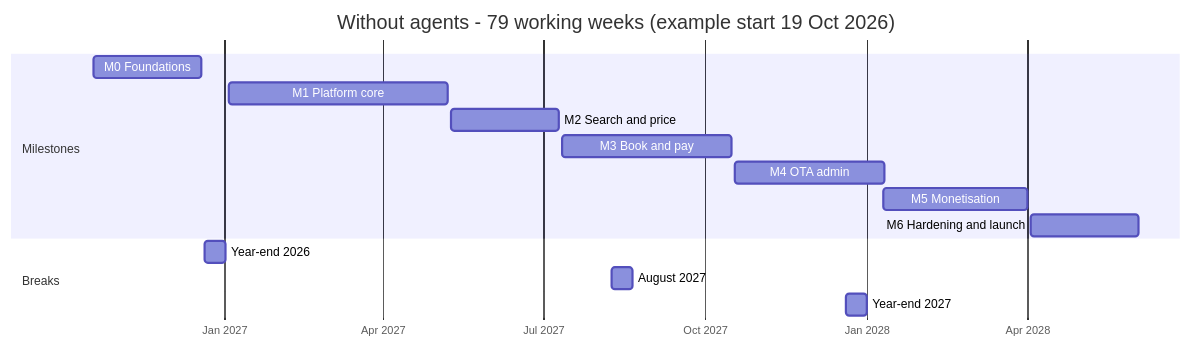
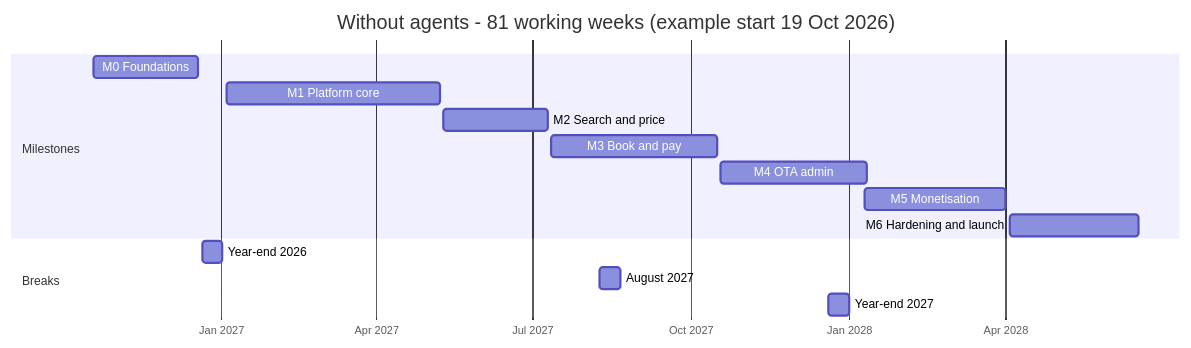
One commit to bhagwati-prasad/velexis-ota changed the second of 3 diagrams in docs/mvp/plans/roadmap.md. Above: the diagram before and after it, drawn with Mermaid. The commit also changed other lines of this file and 33 other files, not shown here.

First line of the commit message:
fix: plan the console setting, reconciliation close and rewrap tasks, re-baseline the roadmap, run E2E before every deploy, and check the SSH source address

````diff
--- a/docs/mvp/plans/roadmap.md
+++ b/docs/mvp/plans/roadmap.md
@@ -131,18 +138,18 @@
 ```mermaid
 gantt
-  title Without agents - 79 working weeks (example start 19 Oct 2026)
+  title Without agents - 81 working weeks (example start 19 Oct 2026)
   dateFormat YYYY-MM-DD
   axisFormat %b %Y
   section Milestones
   M0 Foundations          :n0, 2026-10-19, 2026-12-19
   M1 Platform core        :n1, 2027-01-04, 2027-05-08
   M2 Search and price     :n2, 2027-05-10, 2027-07-10
   M3 Book and pay         :n3, 2027-07-12, 2027-10-16
   M4 OTA admin            :n4, 2027-10-18, 2028-01-11
   M5 Monetisation         :n5, 2028-01-10, 2028-04-01
-  M6 Hardening and launch :n6, 2028-04-03, 2028-06-03
+  M6 Hardening and launch :n6, 2028-04-03, 2028-06-17
   section Breaks
   Year-end 2026           :2026-12-21, 2027-01-02
   August 2027             :2027-08-09, 2027-08-21
   Year-end 2027           :2027-12-20, 2028-01-01
 ```
````
